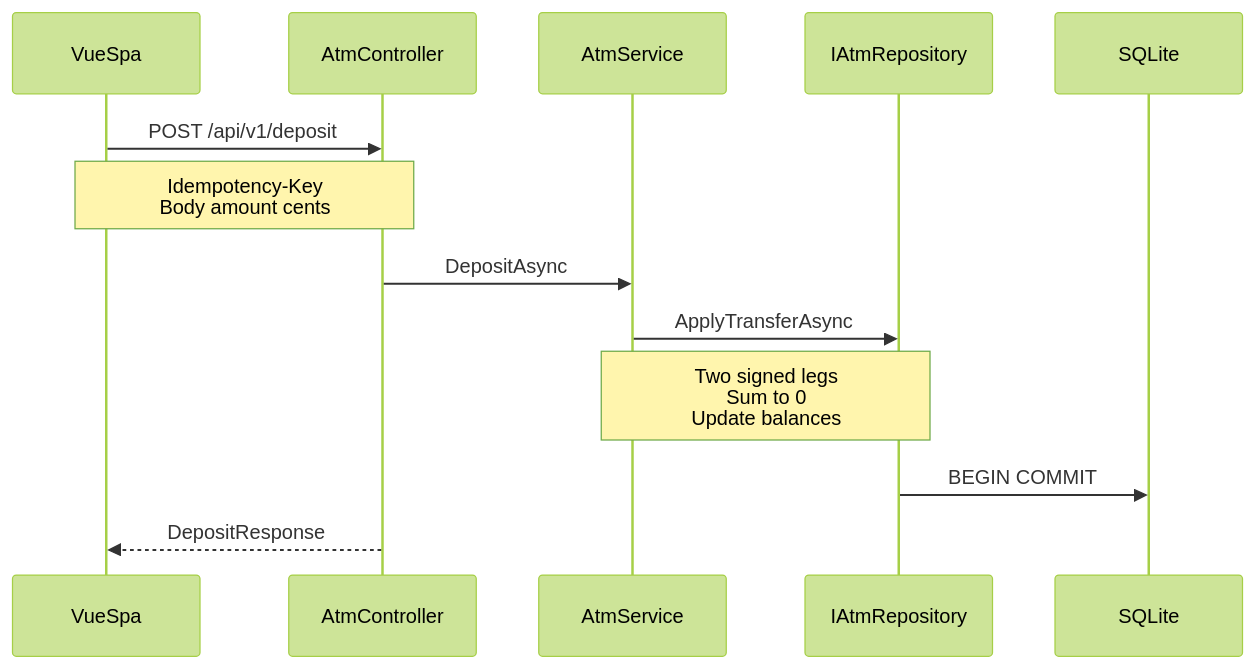
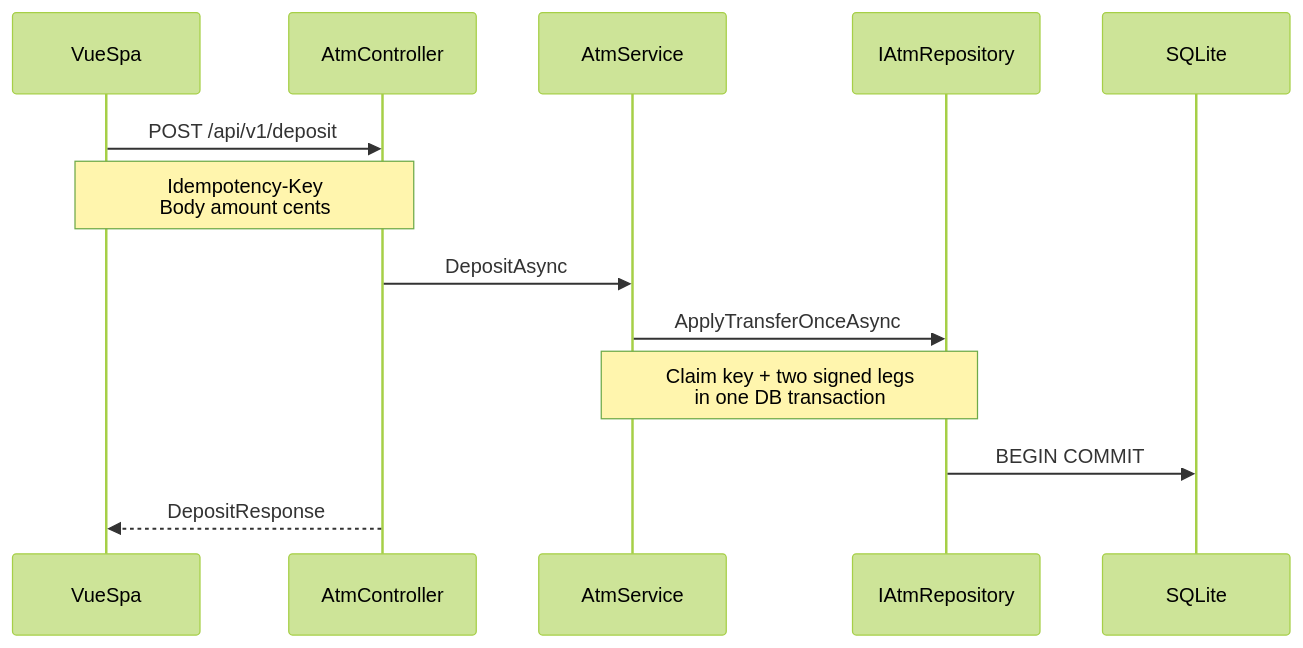
Before and after one commit to ostraat/atm: the third of 3 diagrams in docs/architecture.md, drawn with Mermaid (forest theme). The commit also changed other lines of this file and 5 other files, not shown here.

````diff
--- a/docs/architecture.md
+++ b/docs/architecture.md
@@ -97,16 +99,16 @@
 ```mermaid
 sequenceDiagram
   participant UI as VueSpa
   participant API as AtmController
   participant Svc as AtmService
   participant Repo as IAtmRepository
   participant DB as SQLite
 
   UI->>API: POST /api/v1/deposit
   Note over UI,API: Idempotency-Key<br/>Body amount cents
   API->>Svc: DepositAsync
-  Svc->>Repo: ApplyTransferAsync
-  Note over Svc,Repo: Two signed legs<br/>Sum to 0<br/>Update balances
+  Svc->>Repo: ApplyTransferOnceAsync
+  Note over Svc,Repo: Claim key + two signed legs<br/>in one DB transaction
   Repo->>DB: BEGIN COMMIT
   API-->>UI: DepositResponse
 ```
````
